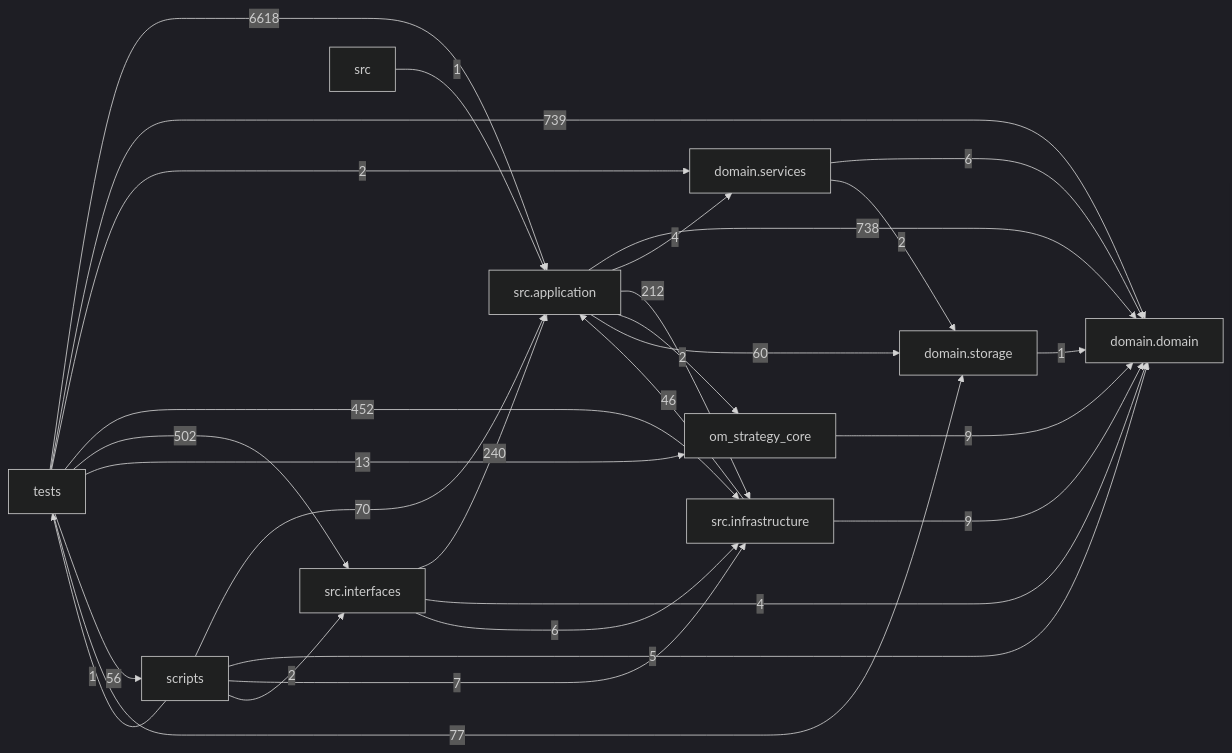
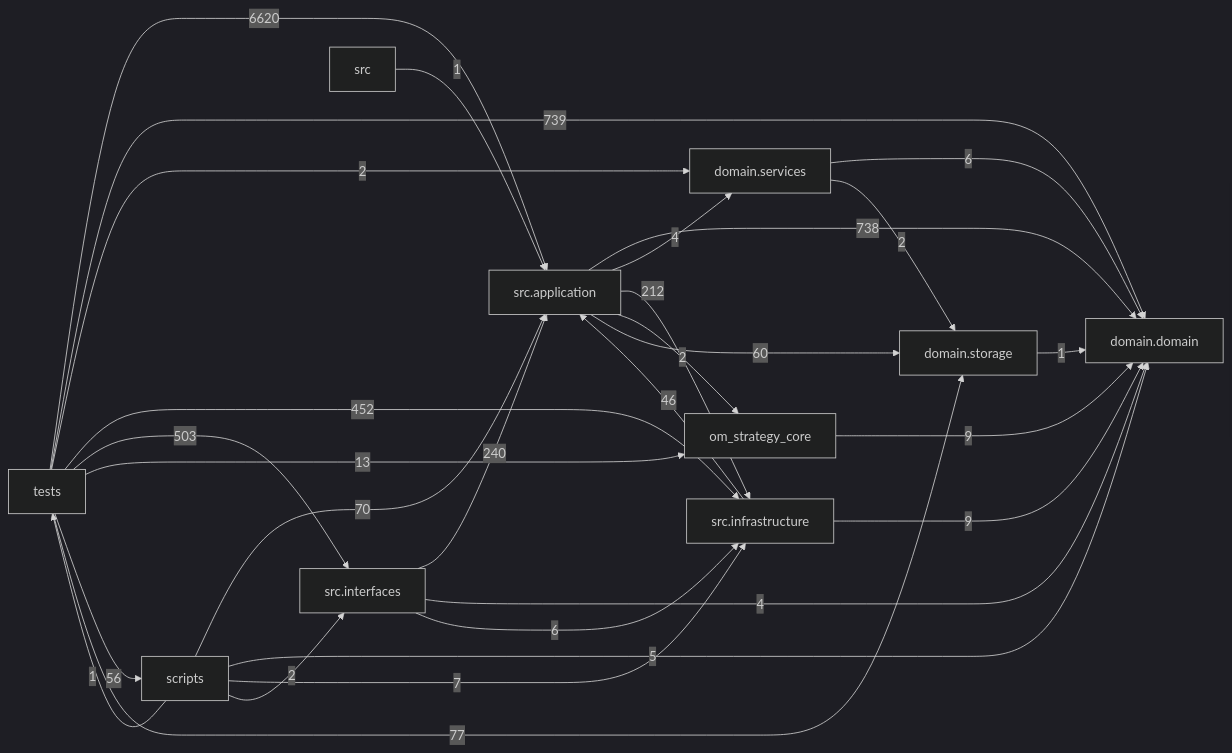
One commit to liuxie066/options-monitor changed the diagram in docs/DEPENDENCY_GRAPH.md. Above: the diagram before and after it, drawn with Mermaid (dark theme). The commit also changed other lines of this file and 3 other files, not shown here.

````diff
--- a/docs/DEPENDENCY_GRAPH.md
+++ b/docs/DEPENDENCY_GRAPH.md
@@ -24,39 +24,39 @@
 ```mermaid
 flowchart LR
   tests["tests"]
   scripts["scripts"]
   interfaces["src.interfaces"]
   application["src.application"]
   infrastructure["src.infrastructure"]
   domain_services["domain.services"]
   domain["domain.domain"]
   storage["domain.storage"]
   application -->|738| domain
   application -->|4| domain_services
   application -->|212| infrastructure
   application -->|2| om_strategy_core
   application -->|60| storage
   domain_services -->|6| domain
   domain_services -->|2| storage
   infrastructure -->|46| application
   infrastructure -->|9| domain
   interfaces -->|240| application
   interfaces -->|4| domain
   interfaces -->|6| infrastructure
   om_strategy_core -->|9| domain
   scripts -->|70| application
   scripts -->|5| domain
   scripts -->|7| infrastructure
   scripts -->|2| interfaces
   scripts -->|1| tests
   src -->|1| application
   storage -->|1| domain
-  tests -->|6618| application
+  tests -->|6620| application
   tests -->|739| domain
   tests -->|2| domain_services
   tests -->|452| infrastructure
-  tests -->|502| interfaces
+  tests -->|503| interfaces
   tests -->|13| om_strategy_core
   tests -->|56| scripts
   tests -->|77| storage
 ```
````
